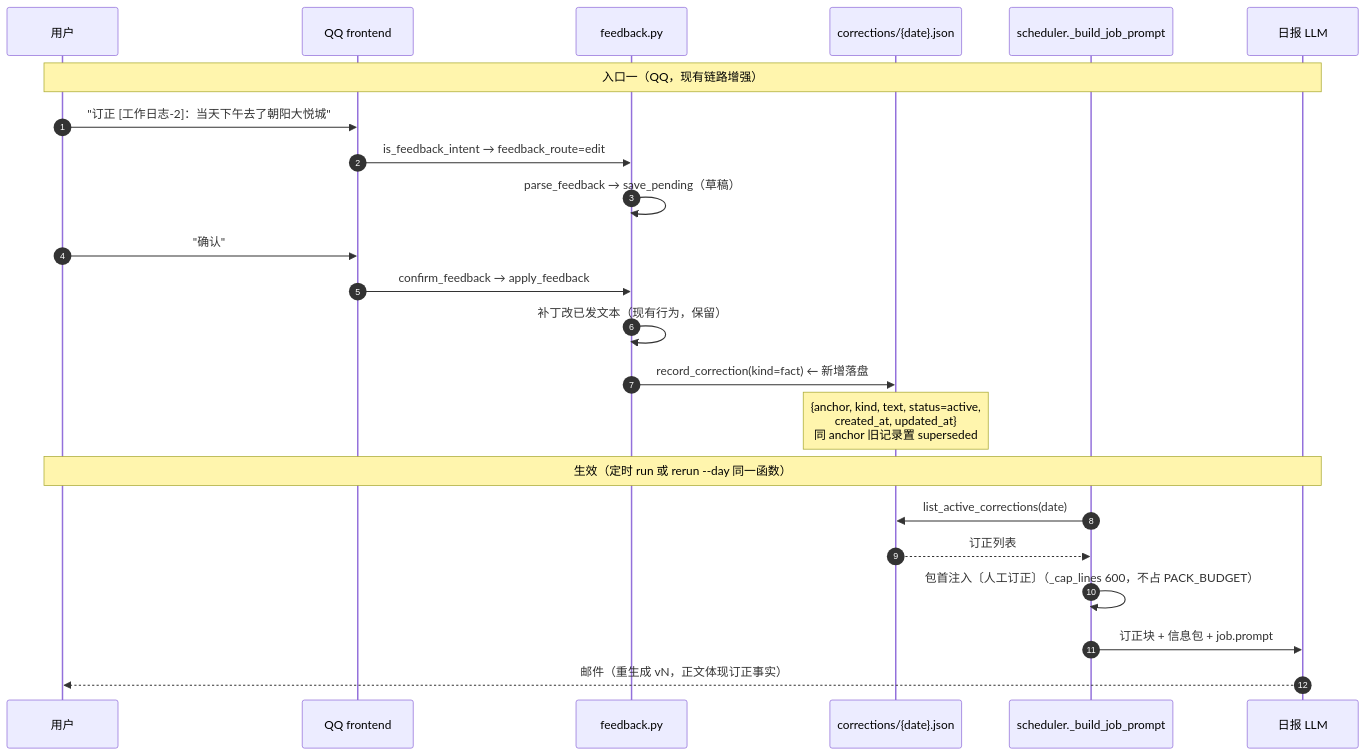
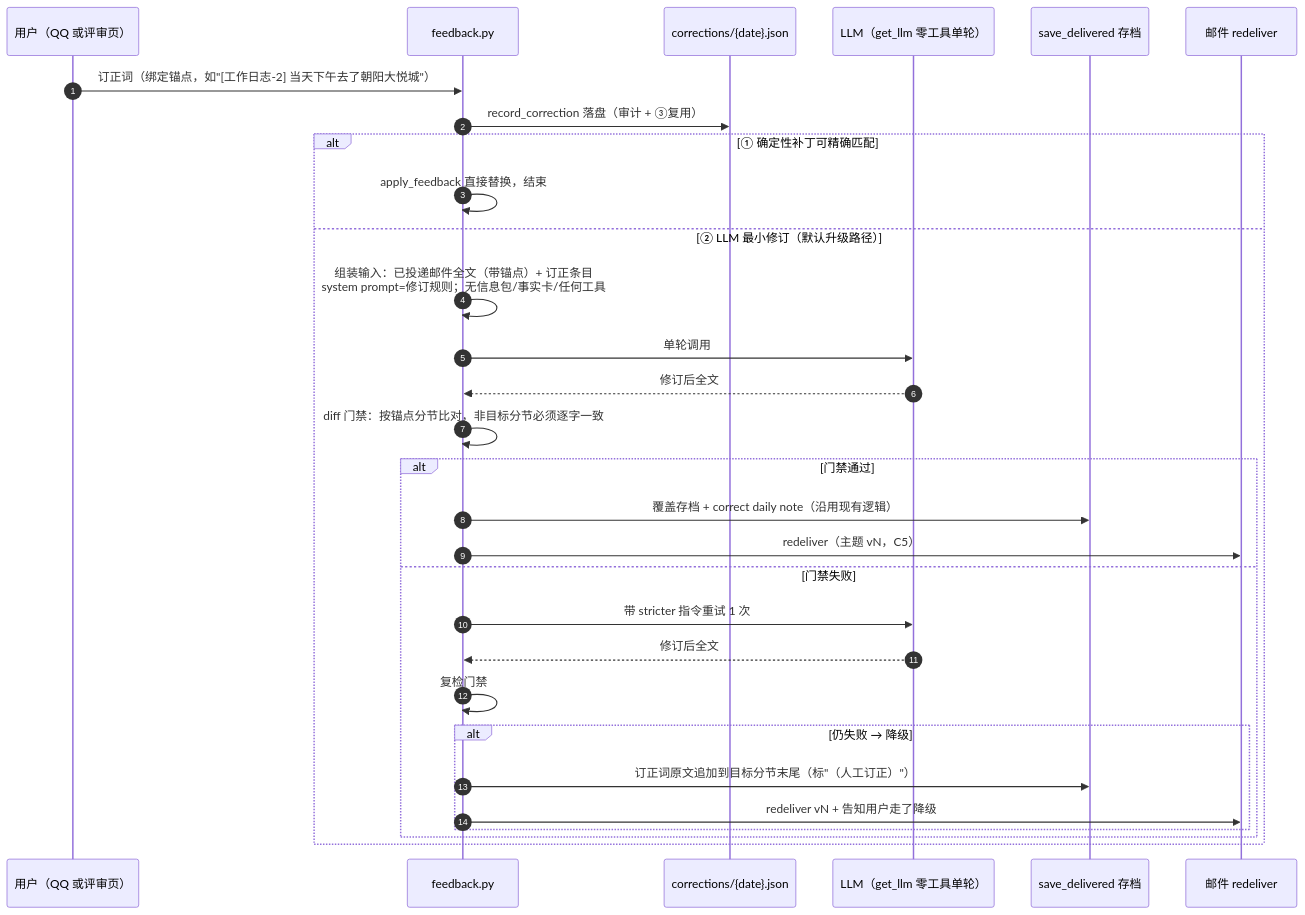
One commit to weweaq/monoRepo changed the second of 4 diagrams in apps/withlanggraph/docs/daily-report-redesign.md. Above: the diagram before and after it, drawn with Mermaid. The commit also changed other lines of this file, not shown here.

First line of the commit message:
docs(withlanggraph): 设计稿 v0.4——订正改为三级修复阶梯, LLM 最小修订为默认

````diff
--- a/apps/withlanggraph/docs/daily-report-redesign.md
+++ b/apps/withlanggraph/docs/daily-report-redesign.md
@@ -236,27 +252,33 @@
 ```mermaid
 sequenceDiagram
     autonumber
-    participant U as 用户
-    participant QQ as QQ frontend
+    participant U as 用户（QQ 或评审页）
     participant FB as feedback.py
     participant CS as corrections/{date}.json
-    participant SC as scheduler._build_job_prompt
-    participant LLM as 日报 LLM
+    participant L as LLM（get_llm 零工具单轮）
+    participant SD as save_delivered 存档
+    participant EM as 邮件 redeliver
 
-    Note over U,LLM: 入口一（QQ，现有链路增强）
-    U->>QQ: "订正 [工作日志-2]：当天下午去了朝阳大悦城"
-    QQ->>FB: is_feedback_intent → feedback_route=edit
-    FB->>FB: parse_feedback → save_pending（草稿）
-    U->>QQ: "确认"
-    QQ->>FB: confirm_feedback → apply_feedback
-    FB->>FB: 补丁改已发文本（现有行为，保留）
-    FB->>CS: record_correction(kind=fact) ← 新增落盘
-    Note over CS: {anchor, kind, text, status=active,<br/>created_at, updated_at}<br/>同 anchor 旧记录置 superseded
-
-    Note over U,LLM: 生效（定时 run 或 rerun --day 同一函数）
-    SC->>CS: list_active_corrections(date)
-    CS-->>SC: 订正列表
-    SC->>SC: 包首注入〔人工订正〕（_cap_lines 600，不占 PACK_BUDGET）
-    SC->>LLM: 订正块 + 信息包 + job.prompt
-    LLM-->>U: 邮件（重生成 vN，正文体现订正事实）
+    U->>FB: 订正词（绑定锚点，如"[工作日志-2] 当天下午去了朝阳大悦城"）
+    FB->>CS: record_correction 落盘（审计 + ③复用）
+    alt ① 确定性补丁可精确匹配
+        FB->>FB: apply_feedback 直接替换，结束
+    else ② LLM 最小修订（默认升级路径）
+        FB->>FB: 组装输入：已投递邮件全文（带锚点）+ 订正条目<br/>system prompt=修订规则；无信息包/事实卡/任何工具
+        FB->>L: 单轮调用
+        L-->>FB: 修订后全文
+        FB->>FB: diff 门禁：按锚点分节比对，非目标分节必须逐字一致
+        alt 门禁通过
+            FB->>SD: 覆盖存档 + correct daily note（沿用现有逻辑）
+            FB->>EM: redeliver（主题 vN，C5）
+        else 门禁失败
+            FB->>L: 带 stricter 指令重试 1 次
+            L-->>FB: 修订后全文
+            FB->>FB: 复检门禁
+            alt 仍失败 → 降级
+                FB->>SD: 订正词原文追加到目标分节末尾（标"（人工订正）"）
+                FB->>EM: redeliver vN + 告知用户走了降级
+            end
+        end
+    end
 ```
````
